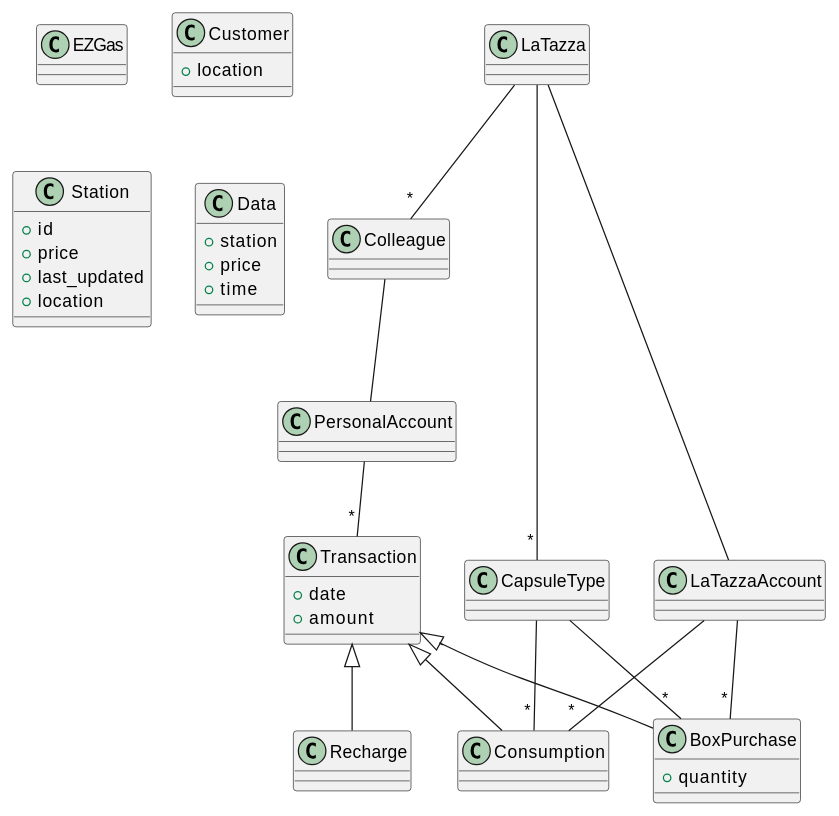
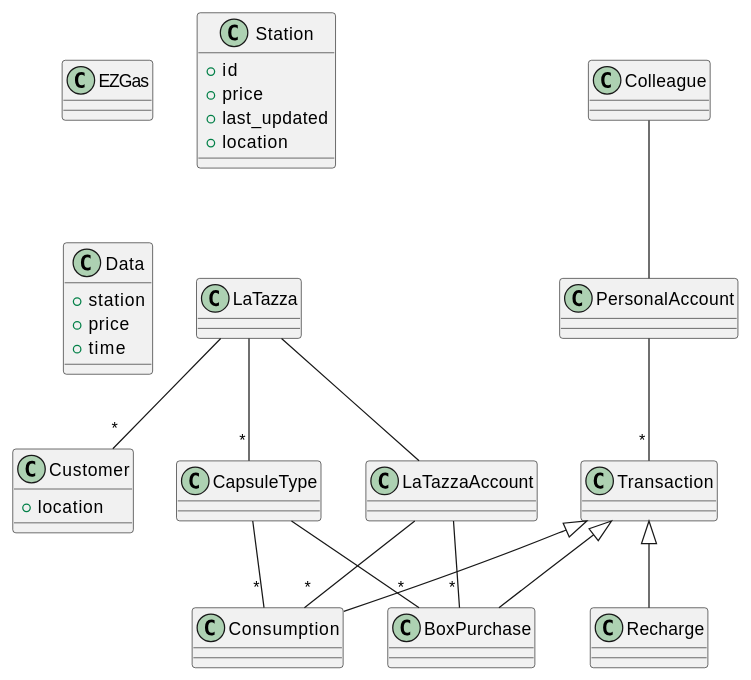
Before and after one commit to SoftengPoliTo/Lab2: the third of 5 diagrams in REQ_s274148.md, drawn with PlantUML. The commit also changed other lines of this file, not shown here.

Commit message:
UML: add partial UML code

````diff
--- a/REQ_s274148.md
+++ b/REQ_s274148.md
@@ -189,50 +191,37 @@
 ```plantuml
 class EZGas
 class Customer {
 + location
 }
 
 class Station {
 + id
 + price
 + last_updated
 + location
 }
 
 class Data {
 + station
 + price
 + time
 }
 
-class BoxPurchase {
-+ quantity
-}
-
-class Transaction {
-+ date
-+ amount
-}
-
-class Recharge
-class Consumption
-
-
-LaTazza -- "*" Colleague
+LaTazza -- "*" Customer
 LaTazza -- "*" CapsuleType
 LaTazza -- LaTazzaAccount
 
 LaTazzaAccount -- "*" BoxPurchase
 LaTazzaAccount -- "*" Consumption
 
 CapsuleType -- "*" Consumption
 CapsuleType -- "*" BoxPurchase
 
 Colleague -- PersonalAccount
 PersonalAccount -- "*" Transaction
 
 Transaction <|-- Recharge
 Transaction <|-- Consumption
 Transaction <|-- BoxPurchase
 
 ```
````
